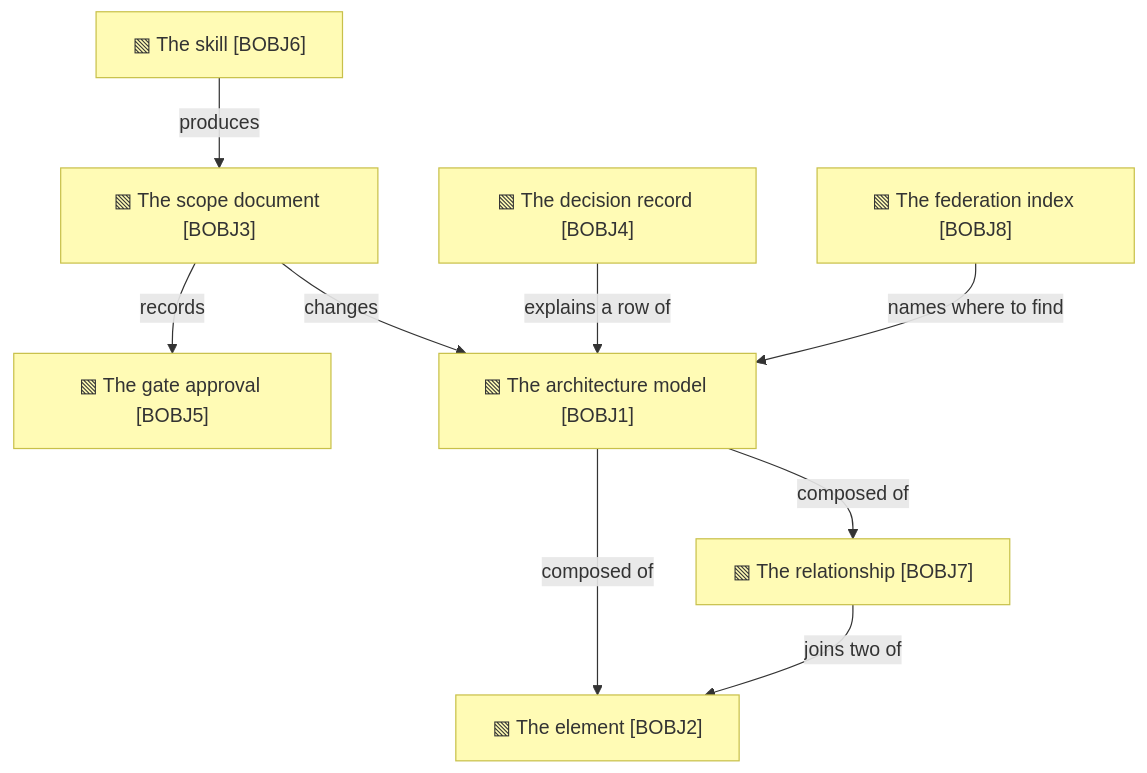
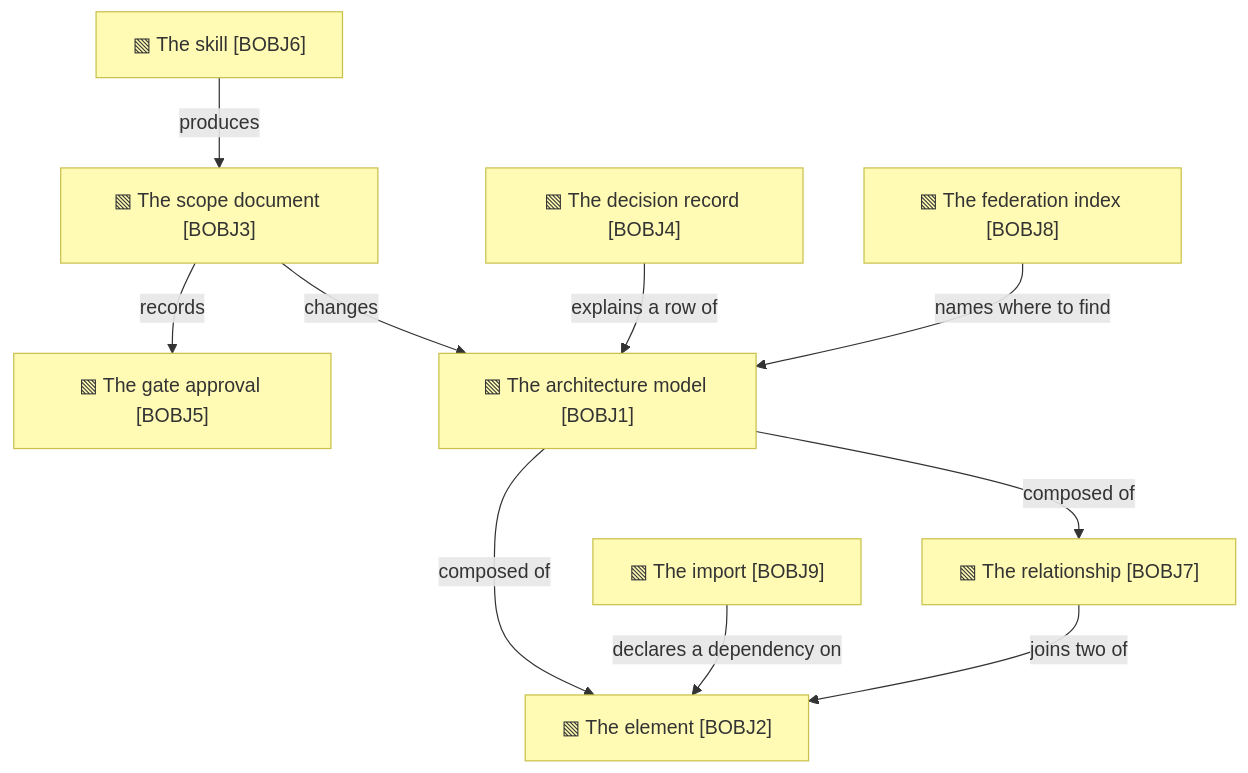
One commit to roanboc/architecture-archreator changed the second of 2 diagrams in product-archreator/architecture/2_business/4_business-objects.md. Above: the diagram before and after it, drawn with Mermaid. The commit also changed other lines of this file and 15 other files, not shown here.

````diff
--- a/product-archreator/architecture/2_business/4_business-objects.md
+++ b/product-archreator/architecture/2_business/4_business-objects.md
@@ -38,22 +39,24 @@
 ```mermaid
 flowchart TB
   bobj1["▧ The architecture model [BOBJ1]"]:::object
   bobj2["▧ The element [BOBJ2]"]:::object
   bobj3["▧ The scope document [BOBJ3]"]:::object
   bobj4["▧ The decision record [BOBJ4]"]:::object
   bobj5["▧ The gate approval [BOBJ5]"]:::object
   bobj6["▧ The skill [BOBJ6]"]:::object
   bobj7["▧ The relationship [BOBJ7]"]:::object
   bobj8["▧ The federation index [BOBJ8]"]:::object
+  bobj9["▧ The import [BOBJ9]"]:::object
 
   bobj1 -->|composed of| bobj2
   bobj1 -->|composed of| bobj7
   bobj7 -->|joins two of| bobj2
   bobj8 -->|names where to find| bobj1
+  bobj9 -->|declares a dependency on| bobj2
   bobj3 -->|records| bobj5
   bobj3 -->|changes| bobj1
   bobj4 -->|explains a row of| bobj1
   bobj6 -->|produces| bobj3
 
   classDef object fill:#fffbb5,stroke:#c8c04a,color:#333
 ```
````
